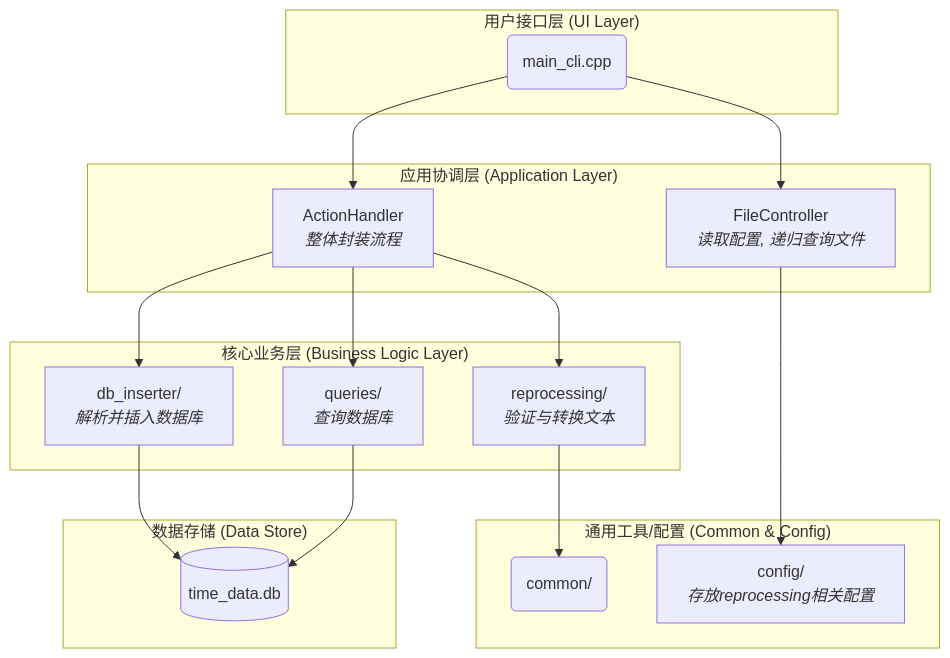
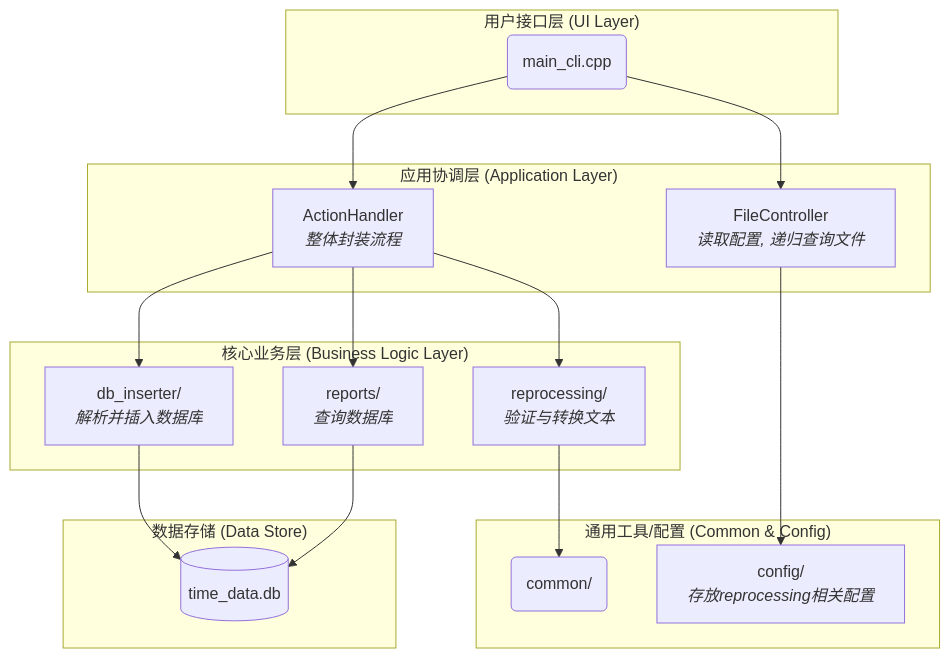
Before and after one commit to camellia2077/Time_Master_cpp: the diagram in docs/time_master/architecture.md, drawn with Mermaid. The commit also changed other lines of this file and 240 other files, not shown here.

````diff
--- a/docs/time_master/architecture.md
+++ b/docs/time_master/architecture.md
@@ -169,42 +169,42 @@
 ```mermaid
 graph TD
     subgraph "用户接口层 (UI Layer)"
         CLI(main_cli.cpp)
     end
 
     subgraph "应用协调层 (Application Layer)"
         %% ActionHandler: 整体封装流程
         Action["ActionHandler<br/><i>整体封装流程</i>"]
         %% FileController是用于reprocessing读取配置和递归查询文件
         File["FileController<br/><i>读取配置, 递归查询文件</i>"]
     end
 
     subgraph "核心业务层 (Business Logic Layer)"
         %% reprocessing/是验证并且转换文本
         Reproc["reprocessing/<br/><i>验证与转换文本</i>"]
         %% db_inserter/是解析并且插入数据库
         DBInsert["db_inserter/<br/><i>解析并插入数据库</i>"]
-        %% queries/是查询数据库
-        Query["queries/<br/><i>查询数据库</i>"]
+        %% reports/是查询数据库
+        Query["reports/<br/><i>查询数据库</i>"]
     end
 
     subgraph "通用工具/配置 (Common & Config)"
         Common(common/)
         %% config/: 用于存放reprocessing相关配置
         Config["config/<br/><i>存放reprocessing相关配置</i>"]
     end
     
     subgraph "数据存储 (Data Store)"
         DB[(time_data.db)]
     end
 
     CLI --> File
     CLI --> Action
     Action --> Reproc
     Action --> DBInsert
     Action --> Query
     File --> Config
     Reproc --> Common
     DBInsert --> DB
     Query --> DB
 ```
````
